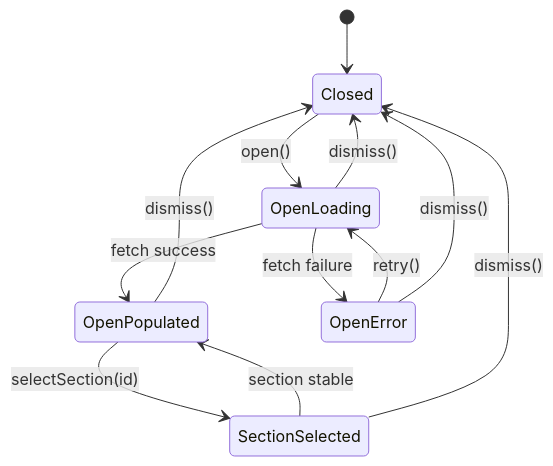
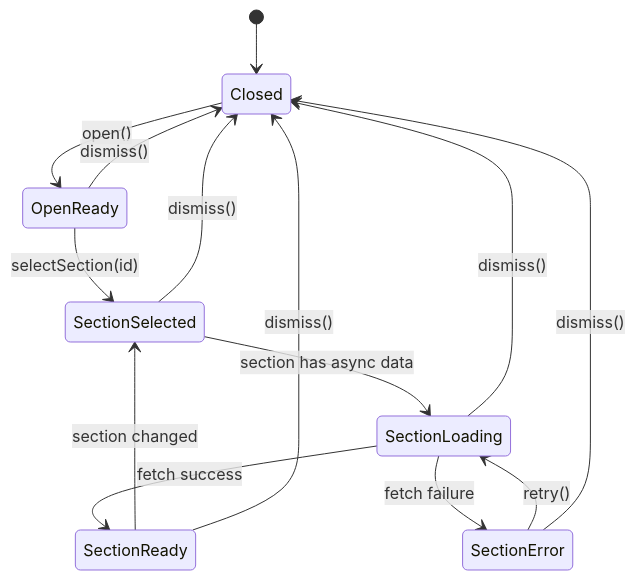
One commit to matkleve/feldpost changed the second of 3 diagrams in docs/element-specs/settings-overlay.md. Above: the diagram before and after it, drawn with Mermaid. The commit also changed other lines of this file and 16 other files, not shown here.

````diff
--- a/docs/element-specs/settings-overlay.md
+++ b/docs/element-specs/settings-overlay.md
@@ -94,14 +94,16 @@
 ```mermaid
 stateDiagram-v2
     [*] --> Closed
-    Closed --> OpenLoading: open()
-    OpenLoading --> OpenPopulated: fetch success
-    OpenLoading --> OpenError: fetch failure
-    OpenError --> OpenLoading: retry()
-    OpenPopulated --> SectionSelected: selectSection(id)
-    SectionSelected --> OpenPopulated: section stable
-    OpenLoading --> Closed: dismiss()
-    OpenError --> Closed: dismiss()
-    OpenPopulated --> Closed: dismiss()
+    Closed --> OpenReady: open()
+    OpenReady --> SectionSelected: selectSection(id)
+    SectionSelected --> SectionLoading: section has async data
+    SectionLoading --> SectionReady: fetch success
+    SectionLoading --> SectionError: fetch failure
+    SectionError --> SectionLoading: retry()
+    SectionReady --> SectionSelected: section changed
+    OpenReady --> Closed: dismiss()
     SectionSelected --> Closed: dismiss()
+    SectionLoading --> Closed: dismiss()
+    SectionReady --> Closed: dismiss()
+    SectionError --> Closed: dismiss()
 ```
````
